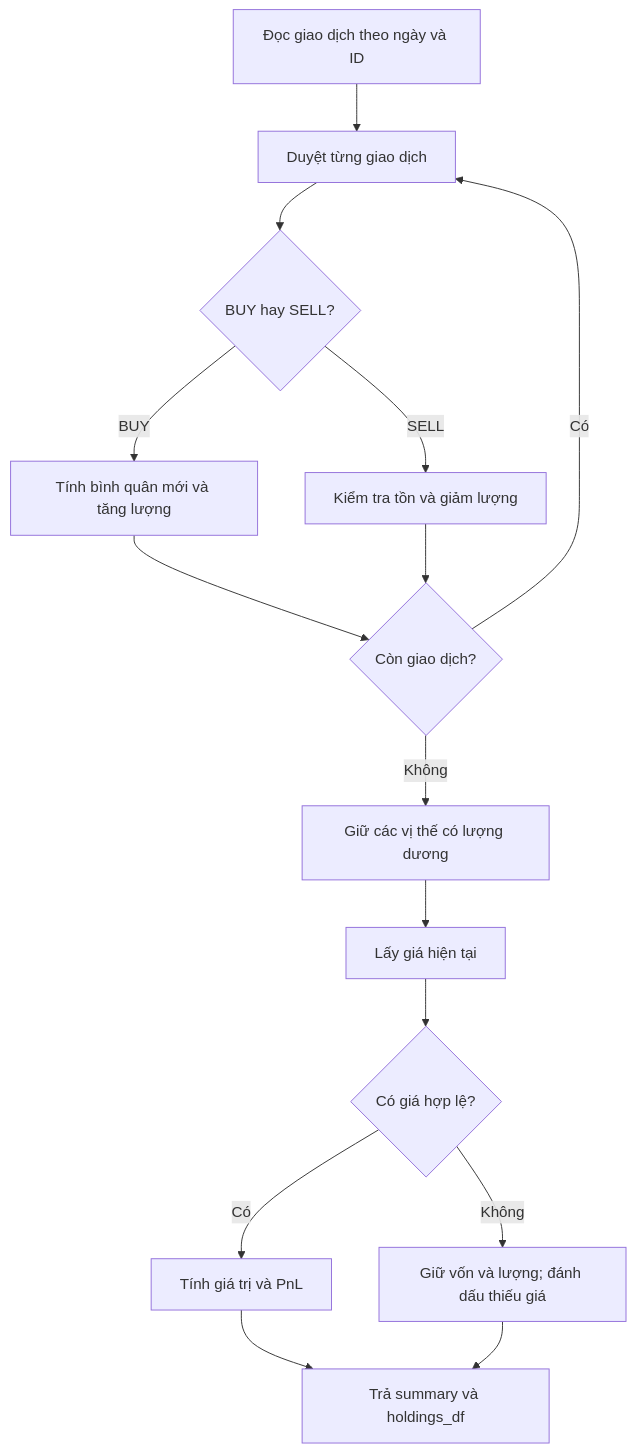
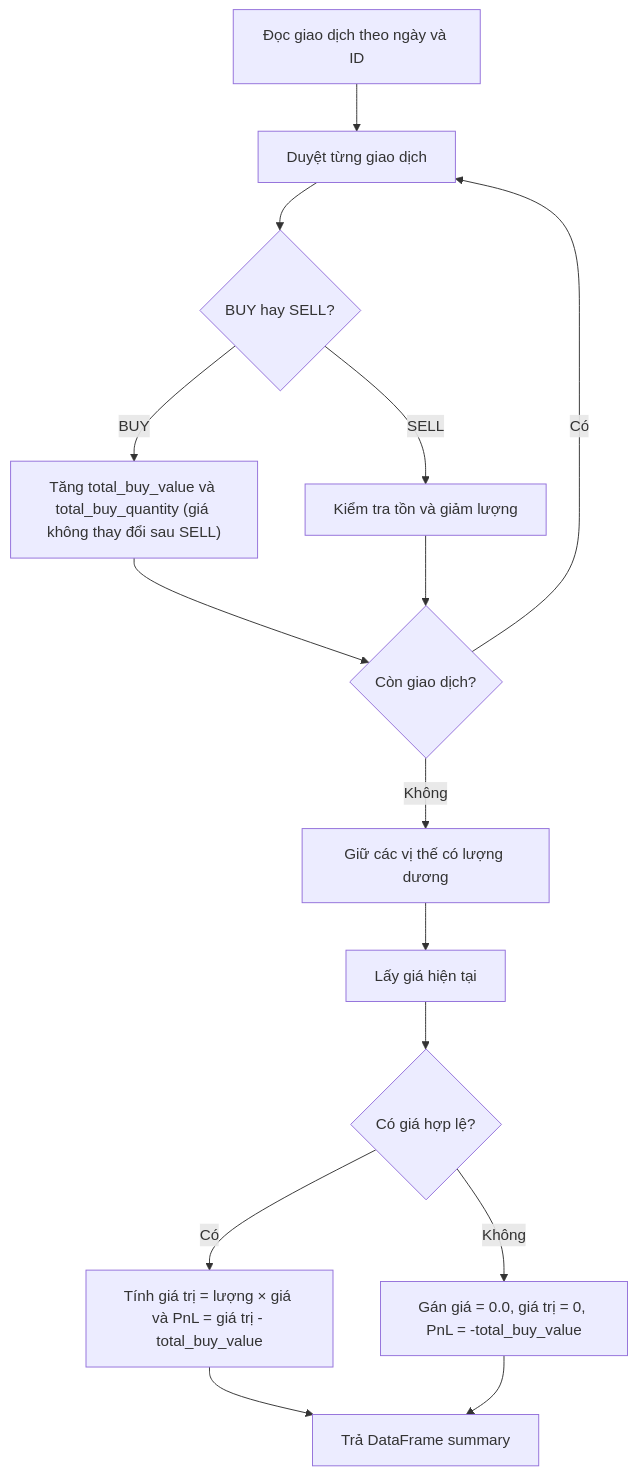
One commit to hoacangio/python-programming-excercises changed the sixth of 7 diagrams in report-theo-doi-chung-khoan/3.phan_tich_thiet_ke.md. Above: the diagram before and after it, drawn with Mermaid. The commit also changed other lines of this file, not shown here.

````diff
--- a/report-theo-doi-chung-khoan/3.phan_tich_thiet_ke.md
+++ b/report-theo-doi-chung-khoan/3.phan_tich_thiet_ke.md
@@ -425,17 +451,17 @@
 ```mermaid
 flowchart TD
     A[Đọc giao dịch theo ngày và ID] --> B[Duyệt từng giao dịch]
     B --> C{BUY hay SELL?}
-    C -->|BUY| D[Tính bình quân mới và tăng lượng]
+    C -->|BUY| D["Tăng total_buy_value và total_buy_quantity (giá không thay đổi sau SELL)"]
     C -->|SELL| E[Kiểm tra tồn và giảm lượng]
     D --> F{Còn giao dịch?}
     E --> F
     F -->|Có| B
     F -->|Không| G[Giữ các vị thế có lượng dương]
     G --> H[Lấy giá hiện tại]
     H --> I{Có giá hợp lệ?}
-    I -->|Có| J[Tính giá trị và PnL]
-    I -->|Không| K[Giữ vốn và lượng; đánh dấu thiếu giá]
-    J --> L[Trả summary và holdings_df]
+    I -->|Có| J[Tính giá trị = lượng × giá và PnL = giá trị - total_buy_value]
+    I -->|Không| K["Gán giá = 0.0, giá trị = 0, PnL = -total_buy_value"]
+    J --> L[Trả DataFrame summary]
     K --> L
 ```
````
